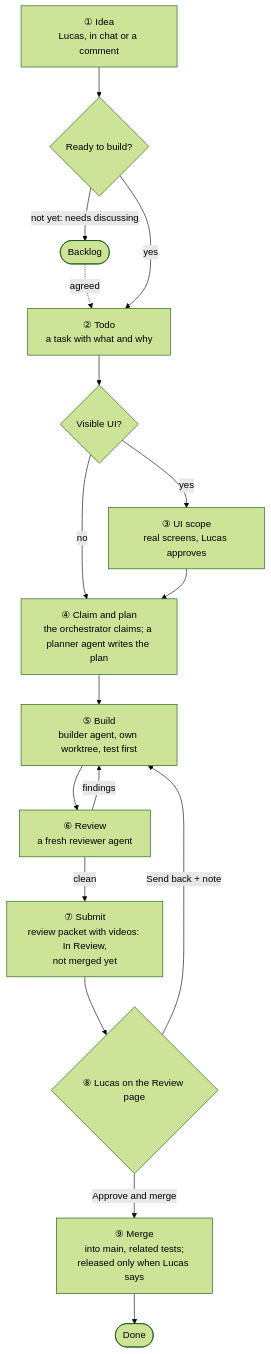
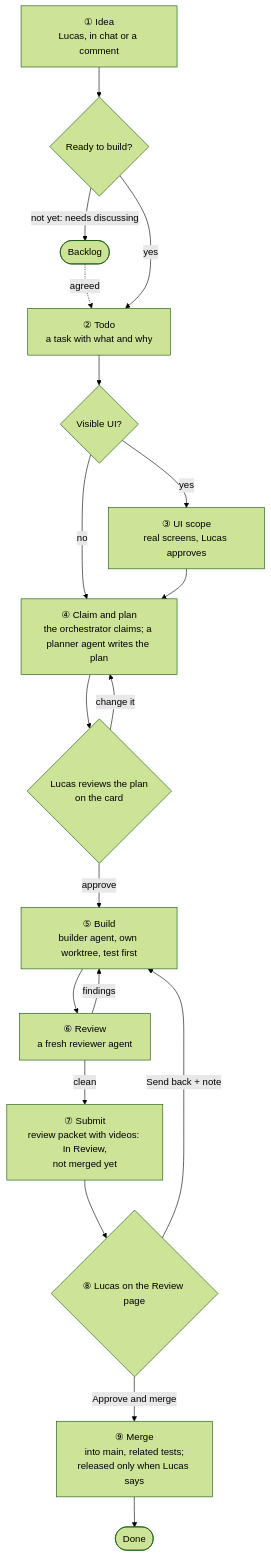
One commit to lnmunhoz/cello changed the first of 5 diagrams in docs/feature-lifecycle.md. Above: the diagram before and after it, drawn with Mermaid (forest theme). The commit also changed other lines of this file and 3 other files, not shown here.

Commit message:
docs(agents): Lucas approves the plan on the card before any builder starts (CEL-165)

````diff
--- a/docs/feature-lifecycle.md
+++ b/docs/feature-lifecycle.md
@@ -10,19 +10,21 @@
 ```mermaid
 flowchart TD
     A["① Idea<br/>Lucas, in chat or a comment"] --> B{"Ready to build?"}
     B -->|"not yet: needs discussing"| BL(["Backlog"])
     BL -.->|"agreed"| T
     B -->|yes| T["② Todo<br/>a task with what and why"]
     T --> S{"Visible UI?"}
     S -->|yes| SC["③ UI scope<br/>real screens, Lucas approves"]
     S -->|no| C
     SC --> C["④ Claim and plan<br/>the orchestrator claims; a planner agent writes the plan"]
-    C --> BU["⑤ Build<br/>builder agent, own worktree, test first"]
+    C --> PA{"Lucas reviews the plan<br/>on the card"}
+    PA -->|"change it"| C
+    PA -->|approve| BU["⑤ Build<br/>builder agent, own worktree, test first"]
     BU --> RV["⑥ Review<br/>a fresh reviewer agent"]
     RV -->|findings| BU
     RV -->|clean| P["⑦ Submit<br/>review packet with videos: In Review,<br/>not merged yet"]
     P --> L{"⑧ Lucas on the Review page"}
     L -->|"Approve and merge"| M["⑨ Merge<br/>into main, related tests;<br/>released only when Lucas says"]
     M --> D(["Done"])
     L -->|"Send back + note"| BU
 ```
````
